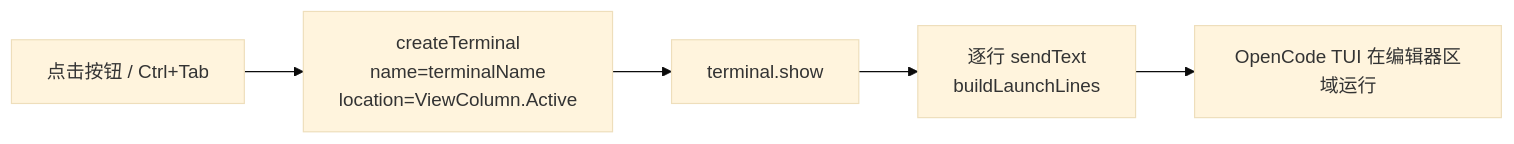
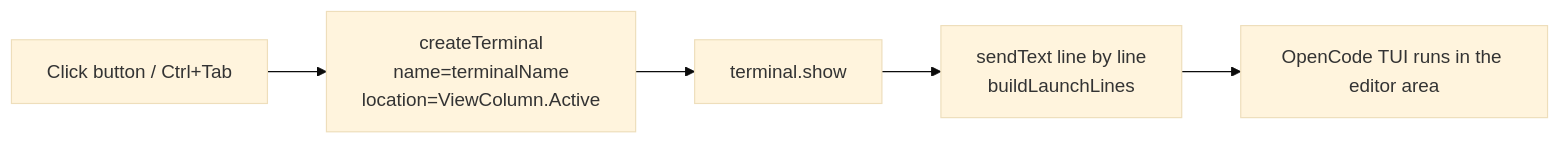
Before and after one commit to NGC13009/OpenCode-Dock: the diagram in README.md, drawn with Mermaid (base theme). The commit also changed other lines of this file and 3 other files, not shown here.

````diff
--- a/README.md
+++ b/README.md
@@ -97,7 +112,7 @@
 ```mermaid
 flowchart LR
-  A[点击按钮 / Ctrl+Tab] --> C[createTerminal<br/>name=terminalName<br/>location=ViewColumn.Active]
+  A[Click button / Ctrl+Tab] --> C[createTerminal<br/>name=terminalName<br/>location=ViewColumn.Active]
   C --> D[terminal.show]
-  D --> E[逐行 sendText<br/>buildLaunchLines]
-  E --> F[OpenCode TUI 在编辑器区域运行]
+  D --> E[sendText line by line<br/>buildLaunchLines]
+  E --> F[OpenCode TUI runs in the editor area]
 ```
````
